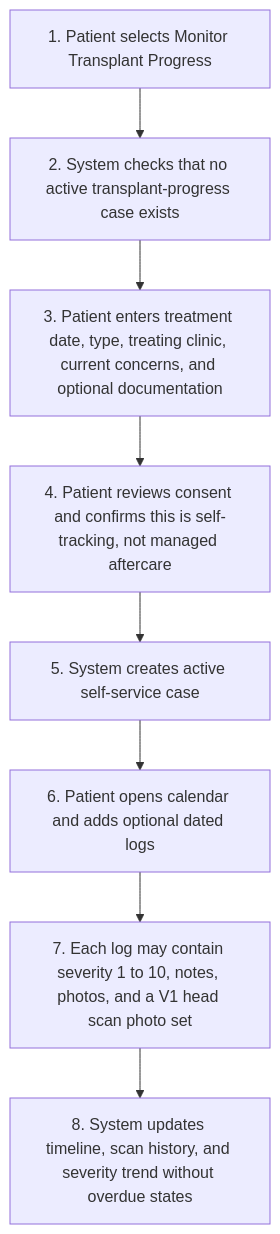
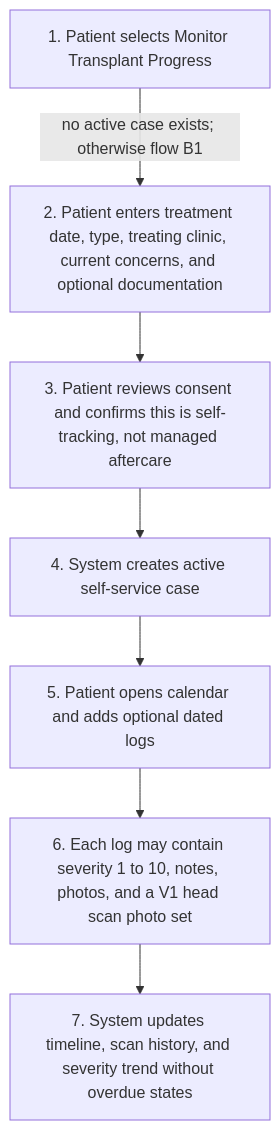
The first of 6 diagrams in project-requirements/functional-requirements/fr038-monitor-transplant-progress/prd.md (joachimtrungtuan/hairline-pm-docs), drawn with Mermaid before and after one commit. The commit also changed other lines of this file and 6 other files, not shown here.

Commit message:
docs(fr038): apply logic review pass 2 fixes to PRD and graph

````diff
--- a/project-requirements/functional-requirements/fr038-monitor-transplant-progress/prd.md
+++ b/project-requirements/functional-requirements/fr038-monitor-transplant-progress/prd.md
@@ -92,10 +92,9 @@
 ```mermaid
 flowchart TD
-    S1["1. Patient selects Monitor Transplant Progress"] --> S2["2. System checks that no active transplant-progress case exists"]
-    S2 --> S3["3. Patient enters treatment date, type, treating clinic, current concerns, and optional documentation"]
-    S3 --> S4["4. Patient reviews consent and confirms this is self-tracking, not managed aftercare"]
-    S4 --> S5["5. System creates active self-service case"]
-    S5 --> S6["6. Patient opens calendar and adds optional dated logs"]
-    S6 --> S7["7. Each log may contain severity 1 to 10, notes, photos, and a V1 head scan photo set"]
-    S7 --> S8["8. System updates timeline, scan history, and severity trend without overdue states"]
+    S1["1. Patient selects Monitor Transplant Progress"] -->|"no active case exists; otherwise flow B1"| S2["2. Patient enters treatment date, type, treating clinic, current concerns, and optional documentation"]
+    S2 --> S3["3. Patient reviews consent and confirms this is self-tracking, not managed aftercare"]
+    S3 --> S4["4. System creates active self-service case"]
+    S4 --> S5["5. Patient opens calendar and adds optional dated logs"]
+    S5 --> S6["6. Each log may contain severity 1 to 10, notes, photos, and a V1 head scan photo set"]
+    S6 --> S7["7. System updates timeline, scan history, and severity trend without overdue states"]
 ```
````
